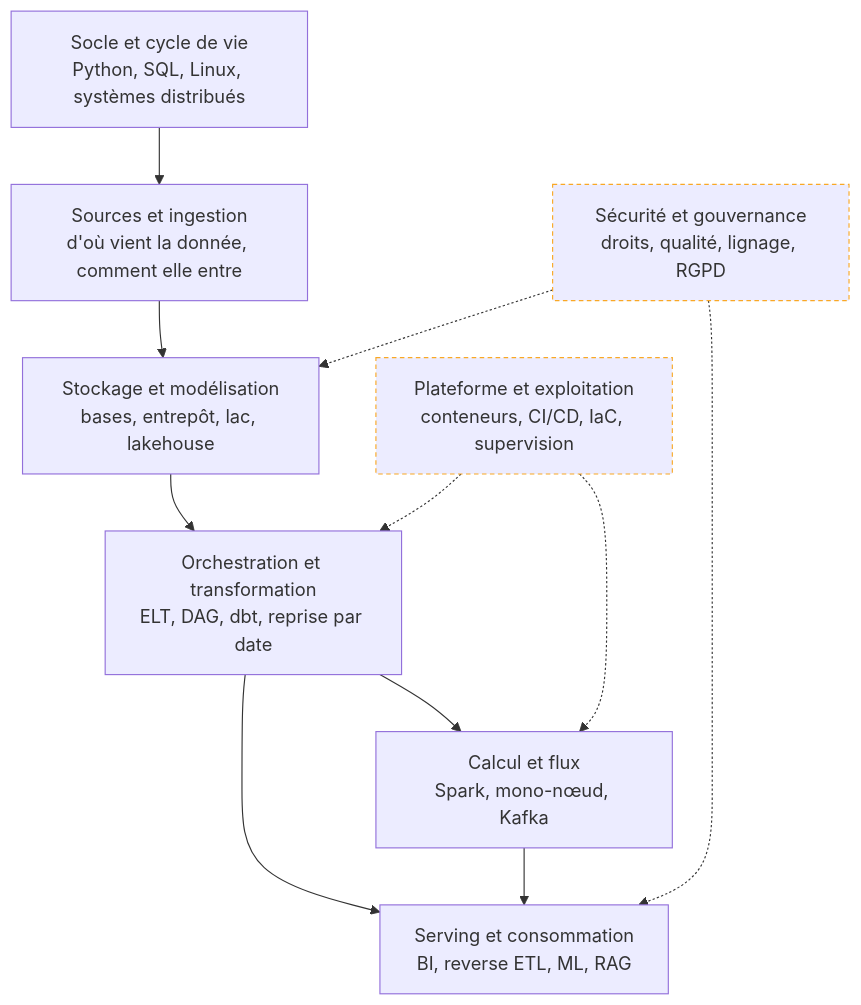
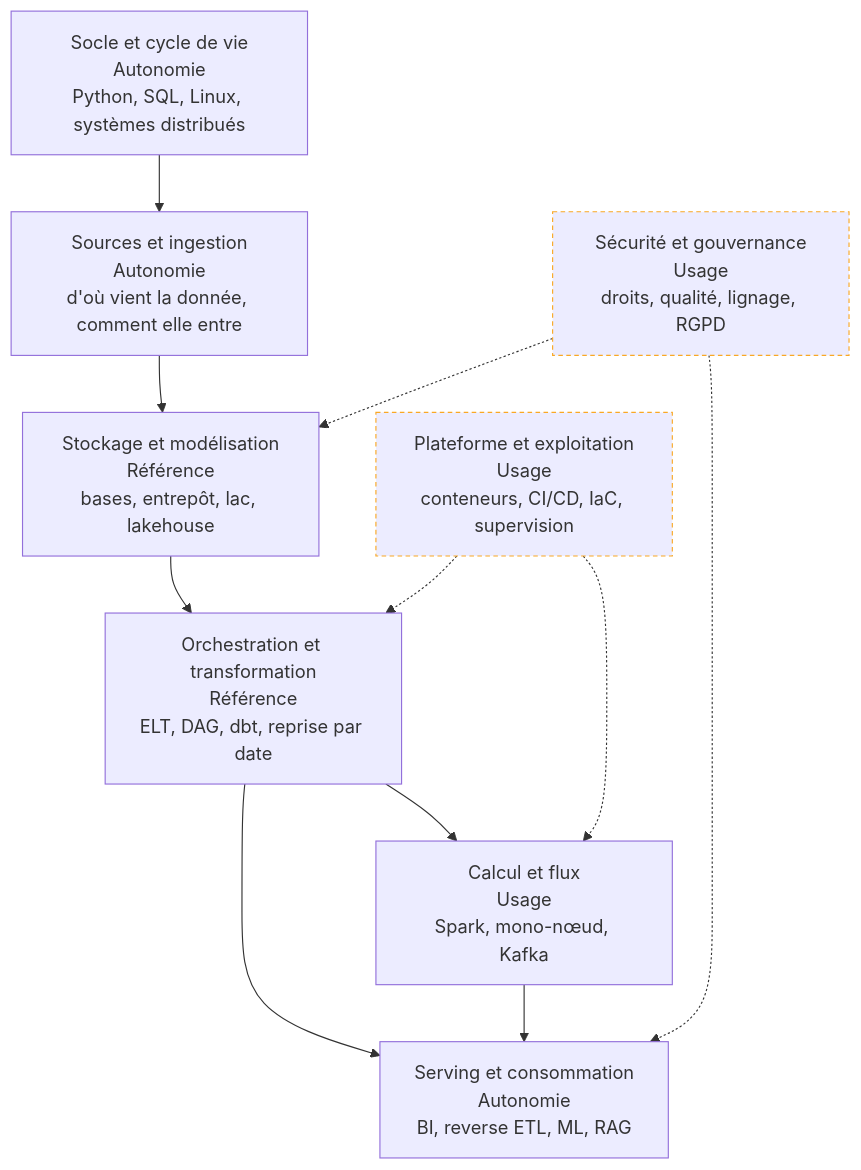
Before and after one commit to floSa/Atlas-Metiers-Roadmaps: the diagram in content/parcours/data-engineer/index.md, drawn with Mermaid. The commit also changed other lines of this file and 1 other file, not shown here.

Commit message:
Data Engineer et MLOps : les cartes d'entree portent le niveau attendu d'un confirme

````diff
--- a/content/parcours/data-engineer/index.md
+++ b/content/parcours/data-engineer/index.md
@@ -15,25 +15,25 @@
 ```mermaid
 flowchart TD
-  S["Socle et cycle de vie<br/>Python, SQL, Linux, systèmes distribués"] --> I["Sources et ingestion<br/>d'où vient la donnée, comment elle entre"]
-  I --> ST["Stockage et modélisation<br/>bases, entrepôt, lac, lakehouse"]
-  ST --> O["Orchestration et transformation<br/>ELT, DAG, dbt, reprise par date"]
-  O --> C["Calcul et flux<br/>Spark, mono-nœud, Kafka"]
-  O --> SV["Serving et consommation<br/>BI, reverse ETL, ML, RAG"]
+  S["Socle et cycle de vie<br/>Autonomie<br/>Python, SQL, Linux, systèmes distribués"] --> I["Sources et ingestion<br/>Autonomie<br/>d'où vient la donnée, comment elle entre"]
+  I --> ST["Stockage et modélisation<br/>Référence<br/>bases, entrepôt, lac, lakehouse"]
+  ST --> O["Orchestration et transformation<br/>Référence<br/>ELT, DAG, dbt, reprise par date"]
+  O --> C["Calcul et flux<br/>Usage<br/>Spark, mono-nœud, Kafka"]
+  O --> SV["Serving et consommation<br/>Autonomie<br/>BI, reverse ETL, ML, RAG"]
   C --> SV
-  P["Plateforme et exploitation<br/>conteneurs, CI/CD, IaC, supervision"] -.-> O
+  P["Plateforme et exploitation<br/>Usage<br/>conteneurs, CI/CD, IaC, supervision"] -.-> O
   P -.-> C
-  G["Sécurité et gouvernance<br/>droits, qualité, lignage, RGPD"] -.-> ST
+  G["Sécurité et gouvernance<br/>Usage<br/>droits, qualité, lignage, RGPD"] -.-> ST
   G -.-> SV
 
   click S "/parcours/data-engineer/socle-et-cycle-de-vie"
   click I "/parcours/data-engineer/sources-et-ingestion"
   click ST "/parcours/data-engineer/stockage-et-modelisation"
   click O "/parcours/data-engineer/orchestration-et-transformation"
   click C "/parcours/data-engineer/calcul-et-flux"
   click SV "/parcours/data-engineer/serving-et-consommation"
   click P "/parcours/data-engineer/plateforme-et-exploitation"
   click G "/parcours/data-engineer/securite-et-gouvernance"
 
   classDef transverse stroke:#f9a825,stroke-width:1px,stroke-dasharray:4 3
   class P,G transverse
 ```
````
